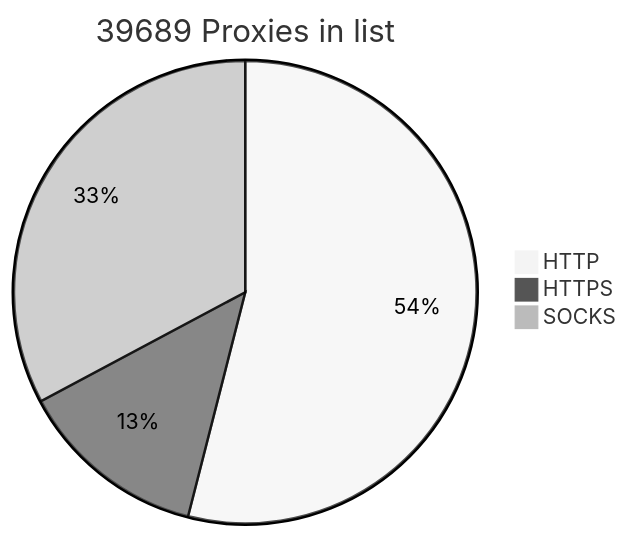
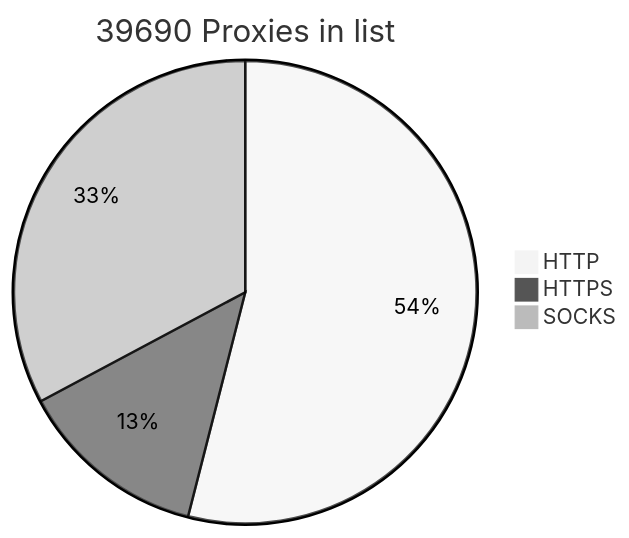
Before and after one commit to BlackSnowDot/proxylist-update-every-minute: the diagram in README.md, drawn with Mermaid (neutral theme).

````diff
--- a/README.md
+++ b/README.md
@@ -2,6 +2,6 @@
 ```mermaid
-pie title 39689 Proxies in list
-    "HTTP" : 23782
-    "HTTPS": 5828
+pie title 39690 Proxies in list
+    "HTTP" : 23783
+    "HTTPS": 5830
     "SOCKS" : 14449
 ```
````
